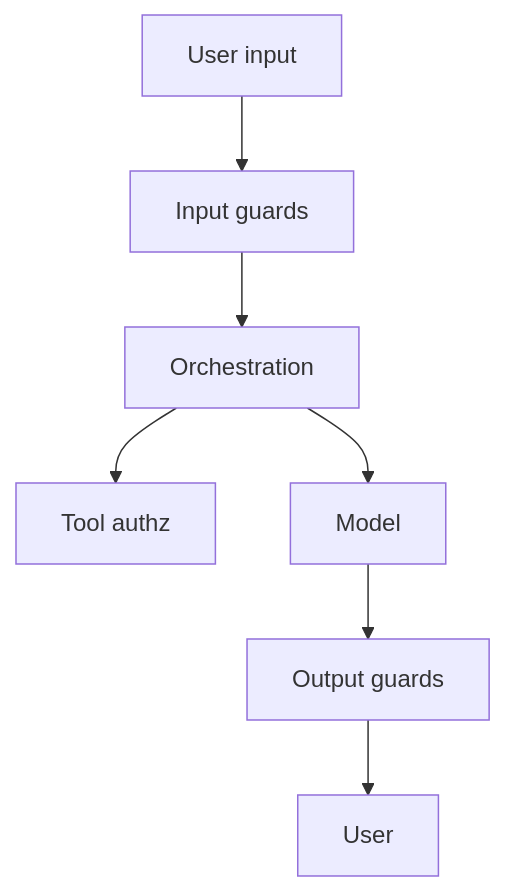
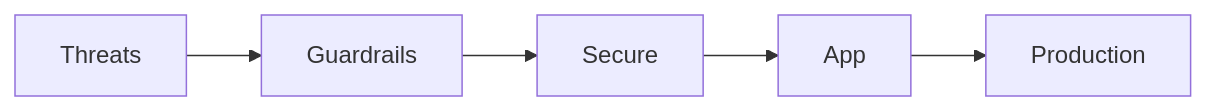
The diagram in domains/ai-security-guardrails/README.md (abdulsamad183/ai-engineering-playbook), drawn with Mermaid before and after one commit. The commit also changed other lines of this file and 541 other files, not shown here.

````diff
--- a/domains/ai-security-guardrails/README.md
+++ b/domains/ai-security-guardrails/README.md
@@ -18,9 +22,4 @@
 ```mermaid
-flowchart TB
-  In[User input] --> IG[Input guards]
-  IG --> Orch[Orchestration]
-  Orch --> Tools[Tool authz]
-  Orch --> LLM[Model]
-  LLM --> OG[Output guards]
-  OG --> User[User]
+flowchart LR
+  S1[Threats] --> S2[Guardrails] --> S3[Secure] --> S4[App] --> S5[Production]
 ```
````
